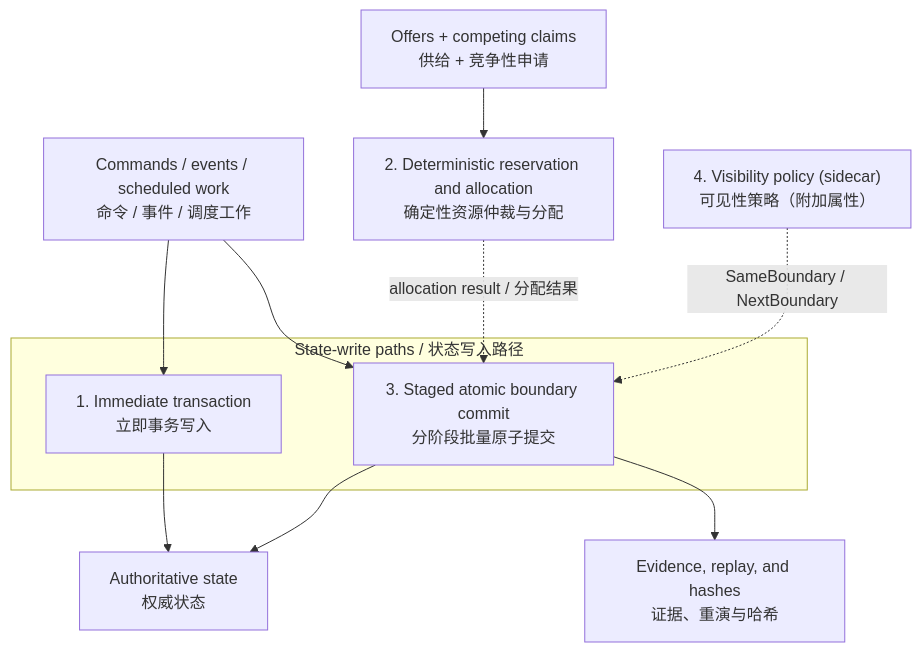
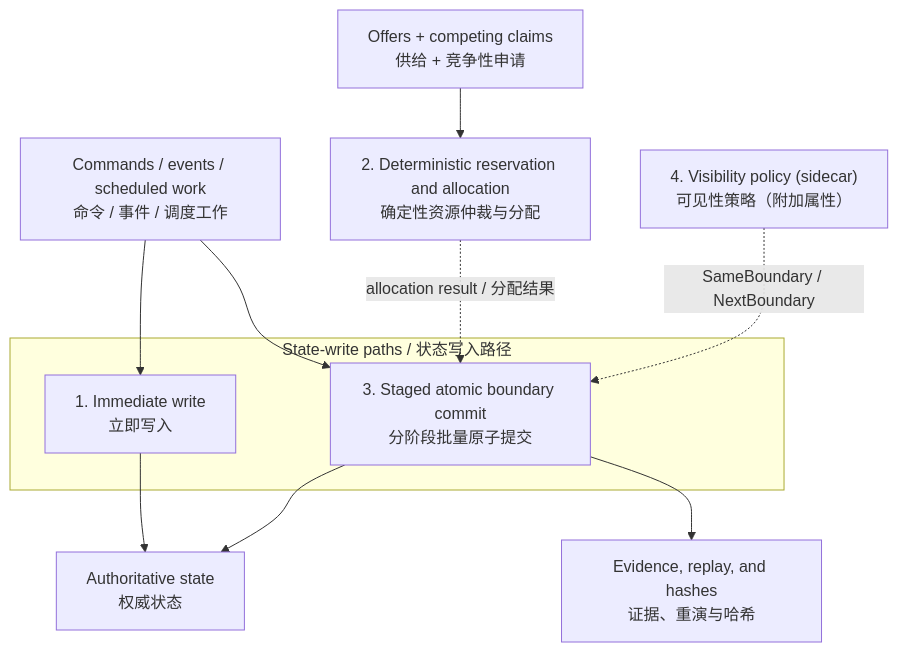
The first of 6 diagrams in docs/architecture.md (PeiyuanQi/canwu), drawn with Mermaid before and after one commit. The commit also changed other lines of this file and 10 other files, not shown here.

````diff
--- a/docs/architecture.md
+++ b/docs/architecture.md
@@ -21,24 +10,24 @@
 ```mermaid
 flowchart TB
     Inputs["Commands / events / scheduled work<br/>命令 / 事件 / 调度工作"]
     Claims["Offers + competing claims<br/>供给 + 竞争性申请"]
 
     subgraph Writes["State-write paths / 状态写入路径"]
-        Immediate["1. Immediate transaction<br/>立即事务写入"]
+        Immediate["1. Immediate write<br/>立即写入"]
         Boundary["3. Staged atomic boundary commit<br/>分阶段批量原子提交"]
     end
 
     Allocation["2. Deterministic reservation and allocation<br/>确定性资源仲裁与分配"]
     Visibility["4. Visibility policy (sidecar)<br/>可见性策略（附加属性）"]
     State["Authoritative state<br/>权威状态"]
     Evidence["Evidence, replay, and hashes<br/>证据、重演与哈希"]
 
     Inputs --> Immediate
     Inputs --> Boundary
     Claims --> Allocation
     Allocation -. "allocation result / 分配结果" .-> Boundary
     Visibility -. "SameBoundary / NextBoundary" .-> Boundary
     Immediate --> State
     Boundary --> State
     Boundary --> Evidence
 ```
````
